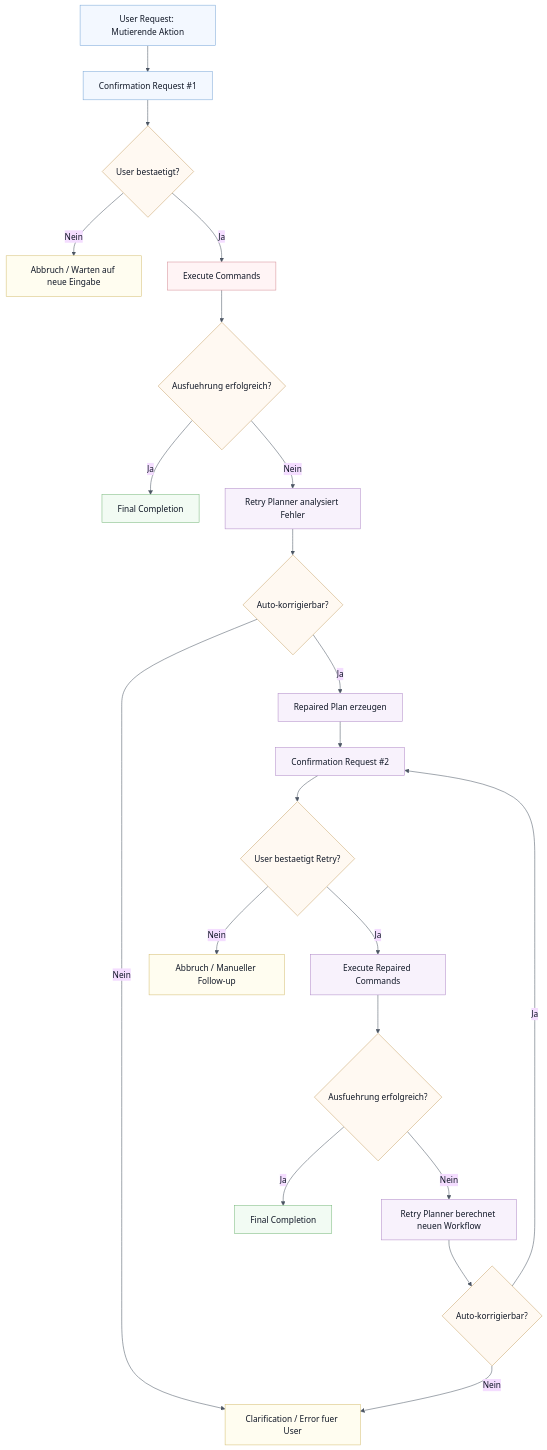
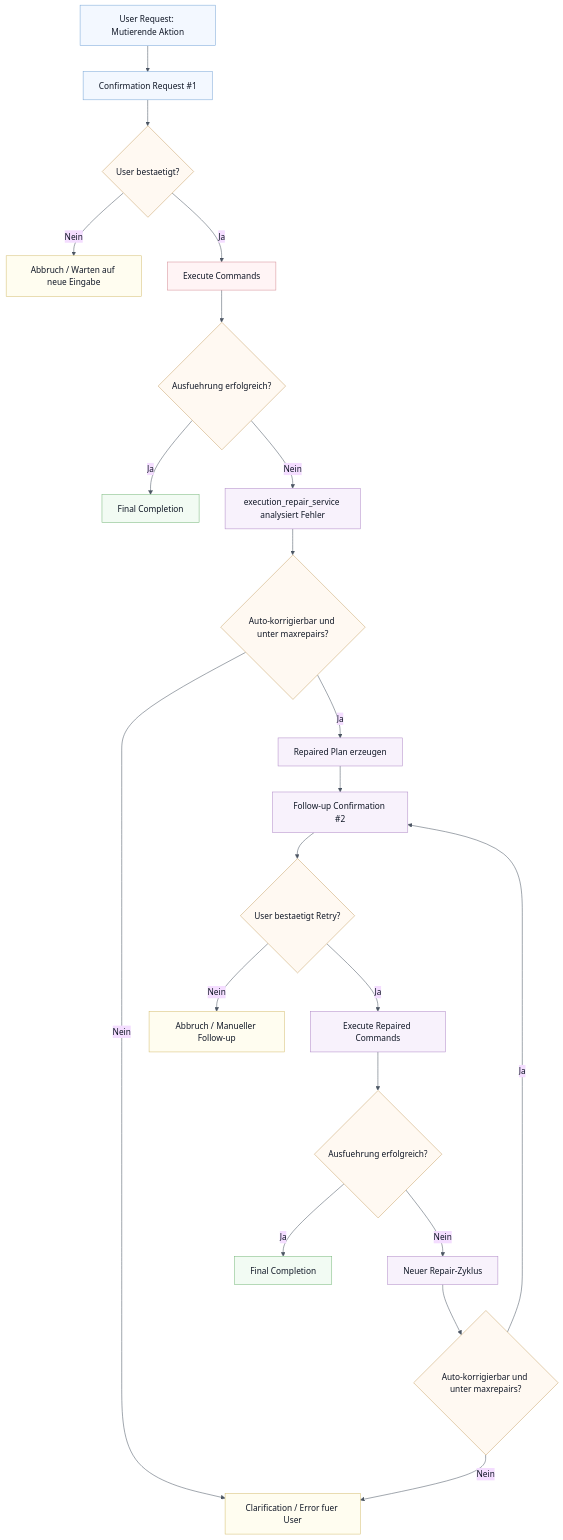
Before and after one commit to Wunderbyte-GmbH/moodle-mod_booking: the second of 2 diagrams in agent_workflow.md, drawn with Mermaid. The commit also changed other lines of this file and 2 other files, not shown here.

````diff
--- a/agent_workflow.md
+++ b/agent_workflow.md
@@ -96,48 +99,48 @@
 ```mermaid
 %%{init: {
     'theme': 'base',
     'themeVariables': {
         'fontFamily': 'Segoe UI, Arial, sans-serif',
         'fontSize': '16px',
         'textColor': '#111827',
         'primaryTextColor': '#111827',
         'lineColor': '#4b5563'
     }
 }}%%
 flowchart TD
     A[User Request: Mutierende Aktion] --> B[Confirmation Request #1]
     B --> C{User bestaetigt?}
     C -->|Nein| C1[Abbruch / Warten auf neue Eingabe]
     C -->|Ja| D[Execute Commands]
     D --> E{Ausfuehrung erfolgreich?}
     E -->|Ja| F[Final Completion]
-    E -->|Nein| G[Retry Planner analysiert Fehler]
-    G --> H{Auto-korrigierbar?}
+    E -->|Nein| G[execution_repair_service analysiert Fehler]
+    G --> H{Auto-korrigierbar und unter maxrepairs?}
     H -->|Nein| I[Clarification / Error fuer User]
     H -->|Ja| J[Repaired Plan erzeugen]
-    J --> K[Confirmation Request #2]
+    J --> K[Follow-up Confirmation #2]
     K --> L{User bestaetigt Retry?}
     L -->|Nein| L1[Abbruch / Manueller Follow-up]
     L -->|Ja| M[Execute Repaired Commands]
     M --> N{Ausfuehrung erfolgreich?}
     N -->|Ja| O[Final Completion]
-    N -->|Nein| P[Retry Planner berechnet neuen Workflow]
-    P --> Q{Auto-korrigierbar?}
+    N -->|Nein| P[Neuer Repair-Zyklus]
+    P --> Q{Auto-korrigierbar und unter maxrepairs?}
     Q -->|Ja| K
     Q -->|Nein| I
 
     classDef init fill:#f3f8ff,stroke:#7aa8d8,color:#111827;
     classDef decision fill:#fff9f2,stroke:#caa46a,color:#111827;
     classDef success fill:#f2fbf3,stroke:#78b87b,color:#111827;
     classDef retry fill:#f8f2fc,stroke:#b18bc8,color:#111827;
     classDef fail fill:#fff4f5,stroke:#d58f98,color:#111827;
     classDef stop fill:#fffdf0,stroke:#d5be72,color:#111827;
 
     class A,B init;
     class C,E,H,L decision;
     class F,O success;
     class G,J,K,M,P retry;
     class N,Q decision;
     class D fail;
     class C1,I,L1 stop;
 ```
````
